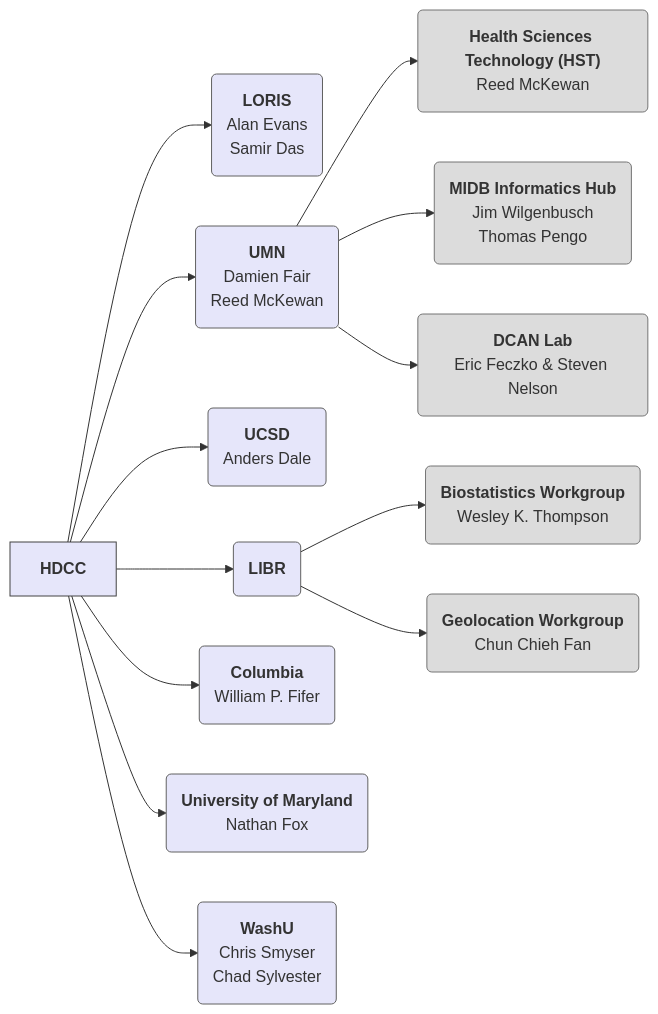
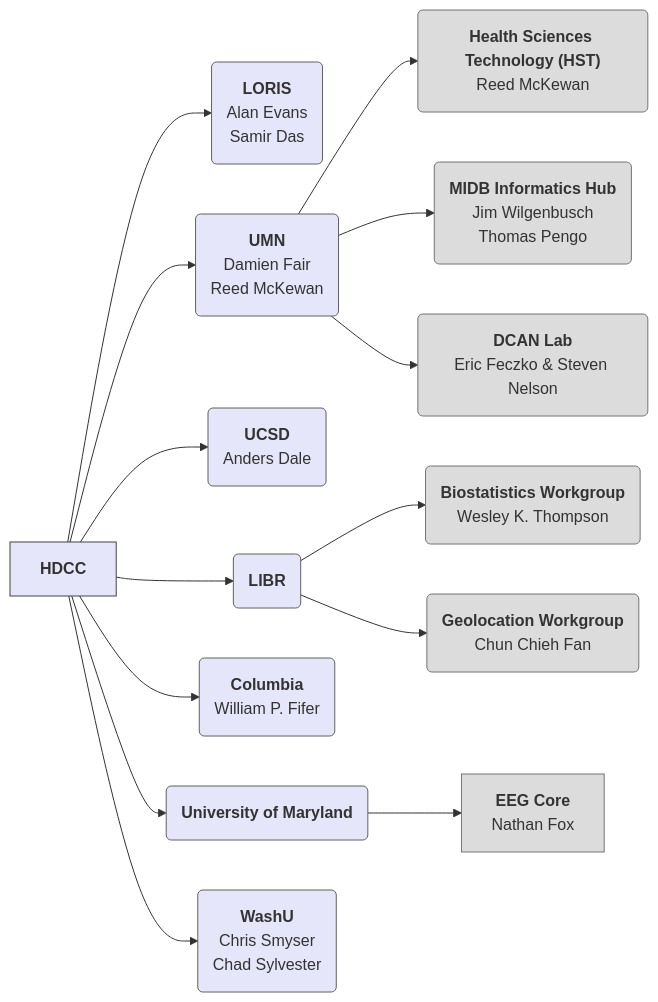
One commit to DCAN-Labs/hbcd-docs-internal changed the first of 10 diagrams in docs/orgcharts.md. Above: the diagram before and after it, drawn with Mermaid. The commit also changed other lines of this file and 2 other files, not shown here.

Commit message:
update overview

````diff
--- a/docs/orgcharts.md
+++ b/docs/orgcharts.md
@@ -7,48 +7,50 @@
 ```mermaid
 ---
 config:
   layout: dagre
 ---
 flowchart LR
-    A["<strong>HDCC</strong>"] --> E["<b>LORIS</b><br>Alan Evans<br>Samir Das"] & F["<b>UMN</b><br>Damien Fair<br>Reed McKewan"] & G["<b>UCSD</b><br>Anders Dale"] & H["<b>LIBR</b><br>"] & n1["<b>Columbia</b><br>William P. Fifer"] & n16["<b>University of Maryland</b><br>Nathan Fox"] & washu["<b>WashU</b><br>Chris Smyser<br>Chad Sylvester"]
+    A["<strong>HDCC</strong>"] --> E["<b>LORIS</b><br>Alan Evans<br>Samir Das"] & F["<b>UMN</b><br>Damien Fair<br>Reed McKewan"] & G["<b>UCSD</b><br>Anders Dale"] & H["<b>LIBR</b><br>"] & n1["<b>Columbia</b><br>William P. Fifer"] & n16["<b>University of Maryland</b>"] & washu["<b>WashU</b><br>Chris Smyser<br>Chad Sylvester"]
     F --> n6["<b>Health Sciences Technology (HST)</b><br>Reed McKewan"] & n7["<b>MIDB Informatics Hub</b><br>Jim Wilgenbusch<br>Thomas Pengo"] & n8["<b>DCAN Lab</b><br>Eric Feczko &amp; Steven Nelson"]
     H --> n14["<b>Biostatistics Workgroup</b><br>Wesley K. Thompson"] & n15["<b>Geolocation Workgroup</b><br>Chun Chieh Fan"]
+    n16 --> n17["<b>EEG Core</b><br>Nathan Fox"]
     A@{ shape: rect}
     E@{ shape: rounded}
     F@{ shape: rounded}
     G@{ shape: rounded}
     H@{ shape: rounded}
     n1@{ shape: rounded}
     n16@{ shape: rounded}
     washu@{ shape: rounded}
     n6@{ shape: rounded}
     n7@{ shape: rounded}
     n8@{ shape: rounded}
     n14@{ shape: rounded}
     n15@{ shape: rounded}
     style A fill:#e6e6fa,stroke:#424242
     style E fill:#e6e6fa,stroke:#616161
     style F fill:#e6e6fa,stroke:#616161
     style G fill:#e6e6fa,stroke:#616161
     style H fill:#e6e6fa,stroke:#616161
     style n1 fill:#e6e6fa,stroke:#616161
     style n16 fill:#e6e6fa,stroke:#616161
     style washu fill:#e6e6fa,stroke:#616161
     style n6 fill:#dcdcdc,stroke:#757575
     style n7 fill:#dcdcdc,stroke:#757575
     style n8 fill:#dcdcdc,stroke:#757575
     style n14 fill:#dcdcdc,stroke:#757575
     style n15 fill:#dcdcdc,stroke:#757575
+    style n17 fill:#dcdcdc,stroke:#757575
     click E "#loris"
     click F "#university-of-minnesota-umn"
     click G "#ucsd"
     click H "#libr"
     click n1 "#columbia-university"
-    click n16 "#university-of-maryland"
+    click washu "#washu"
     click n6 "#health-sciences-technology-hst"
     click n7 "#midb-informatics-hub-msi"
     click n8 "#dcan-lab"
-    click washu "#washington-university-in-st-louis-washu"
+    click n17 "#umd-eeg-core"
     click n14 "#thompson"
     click n15 "#fan"
 ```
````
